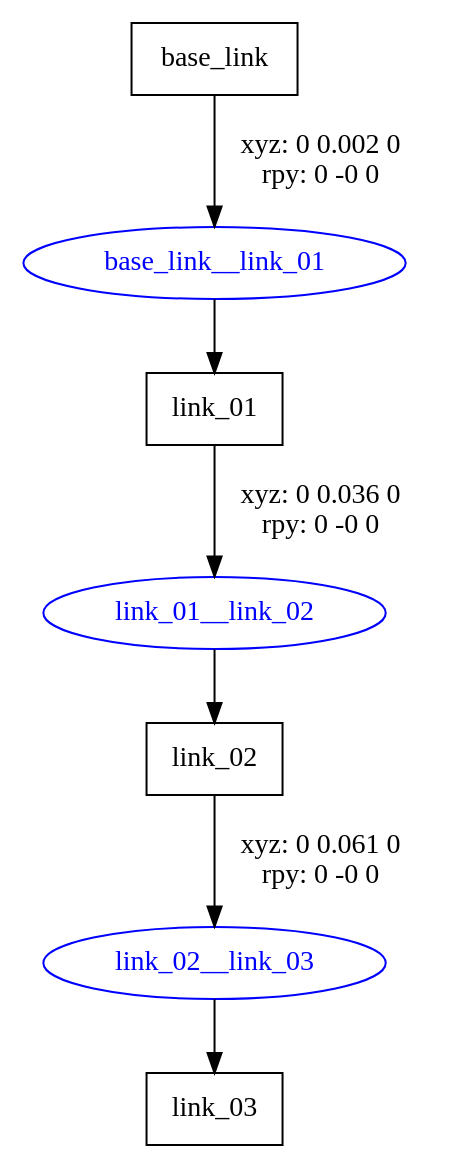
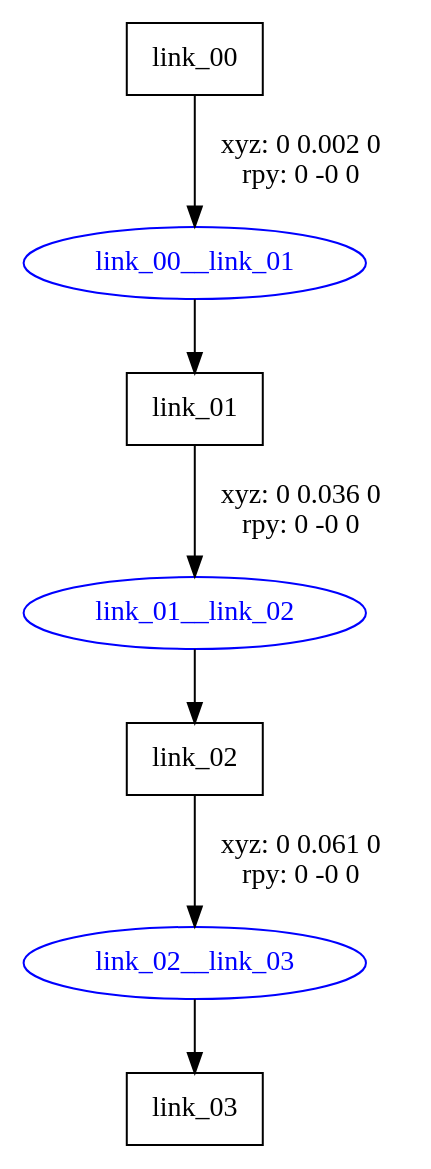
The diagram in plotter/plotter_description/urdf/plotter.gv (juanramirezj/jetson_xavier_AGX), drawn with Graphviz before and after one commit. The commit also changed 7 other files, not shown here.

```diff
--- a/plotter/plotter_description/urdf/plotter.gv
+++ b/plotter/plotter_description/urdf/plotter.gv
@@ -1,14 +1,14 @@
 digraph G {
 node [shape=box];
-"base_link" [label="base_link"];
+"link_00" [label="link_00"];
 "link_01" [label="link_01"];
 "link_02" [label="link_02"];
 "link_03" [label="link_03"];
 node [shape=ellipse, color=blue, fontcolor=blue];
-"base_link" -> "base_link__link_01" [label="xyz: 0 0.002 0 \nrpy: 0 -0 0"]
-"base_link__link_01" -> "link_01"
+"link_00" -> "link_00__link_01" [label="xyz: 0 0.002 0 \nrpy: 0 -0 0"]
+"link_00__link_01" -> "link_01"
 "link_01" -> "link_01__link_02" [label="xyz: 0 0.036 0 \nrpy: 0 -0 0"]
 "link_01__link_02" -> "link_02"
 "link_02" -> "link_02__link_03" [label="xyz: 0 0.061 0 \nrpy: 0 -0 0"]
 "link_02__link_03" -> "link_03"
 }
```
